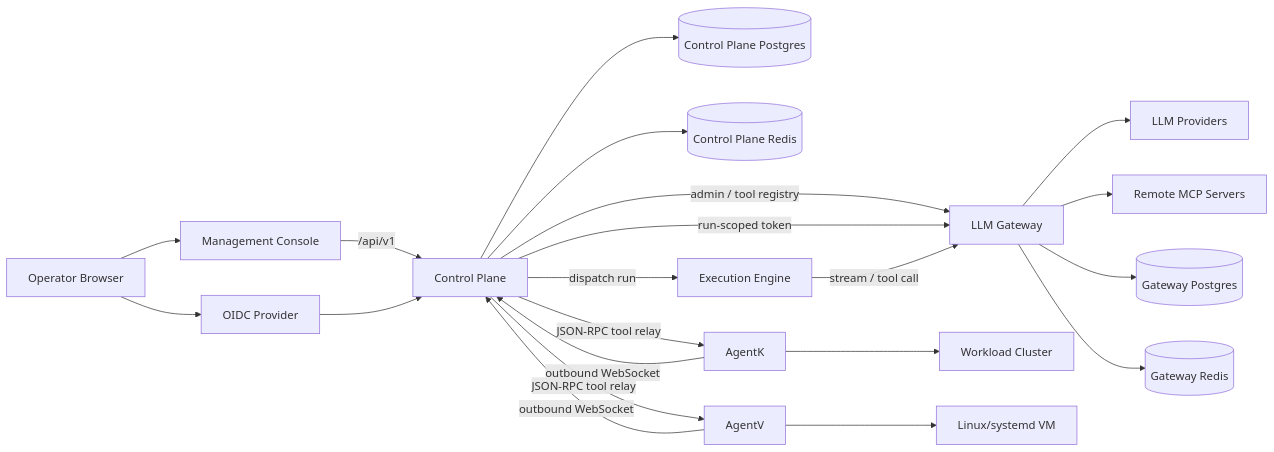
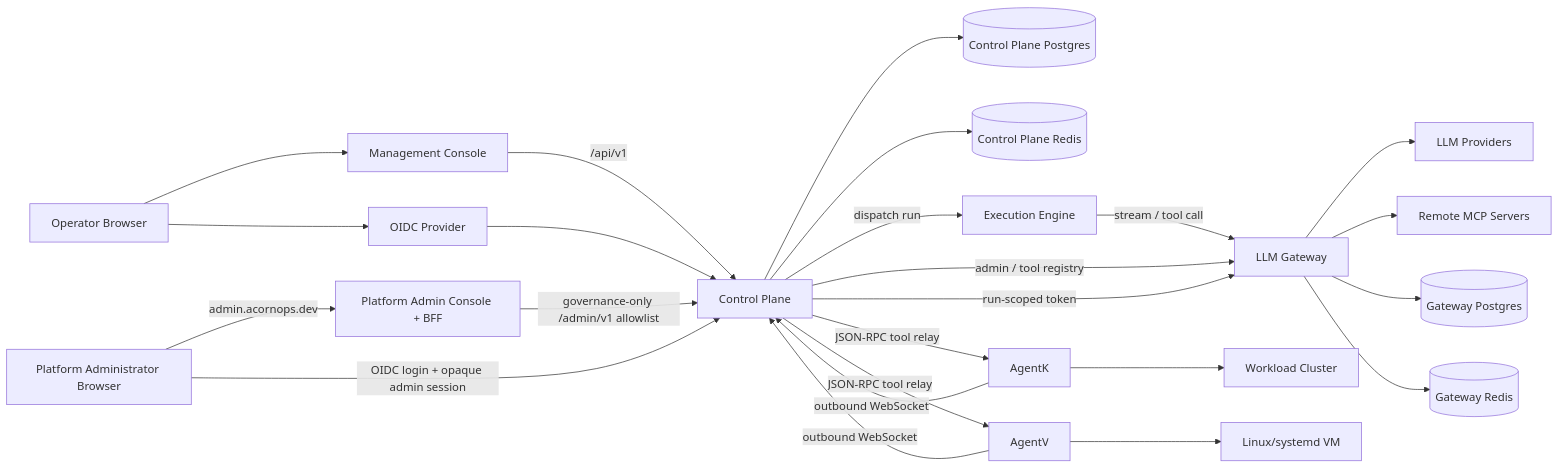
One commit to acornops/acornops changed the diagram in docs/system-architecture.md. Above: the diagram before and after it, drawn with Mermaid. The commit also changed other lines of this file and 6 other files, not shown here.

Commit message:
chore(workspace): register platform admin console

````diff
--- a/docs/system-architecture.md
+++ b/docs/system-architecture.md
@@ -21,43 +21,48 @@
 ```mermaid
 flowchart LR
     User[Operator Browser]
+    PlatformAdmin[Platform Administrator Browser]
     Console[Management Console]
+    AdminConsole[Platform Admin Console + BFF]
     CP[Control Plane]
     CPDB[(Control Plane Postgres)]
     CPRedis[(Control Plane Redis)]
     EE[Execution Engine]
     GW[LLM Gateway]
     GWDB[(Gateway Postgres)]
     GWRedis[(Gateway Redis)]
     OIDC[OIDC Provider]
     Providers[LLM Providers]
     Agent[AgentK]
     AgentV[AgentV]
     Cluster[Workload Cluster]
     LinuxVM[Linux/systemd VM]
     RemoteMCP[Remote MCP Servers]
 
     User --> Console
     Console -->|/api/v1| CP
+    PlatformAdmin -->|admin.acornops.dev| AdminConsole
+    PlatformAdmin -->|OIDC login + opaque admin session| CP
+    AdminConsole -->|governance-only /admin/v1 allowlist| CP
     User --> OIDC
     OIDC --> CP
 
     CP --> CPDB
     CP --> CPRedis
     CP -->|dispatch run| EE
     CP -->|admin / tool registry| GW
     CP -->|run-scoped token| GW
 
     EE -->|stream / tool call| GW
     GW --> Providers
     GW --> RemoteMCP
     GW --> GWDB
     GW --> GWRedis
 
     Agent -->|outbound WebSocket| CP
     Agent --> Cluster
     AgentV -->|outbound WebSocket| CP
     AgentV --> LinuxVM
     CP -->|JSON-RPC tool relay| Agent
     CP -->|JSON-RPC tool relay| AgentV
 ```
````
